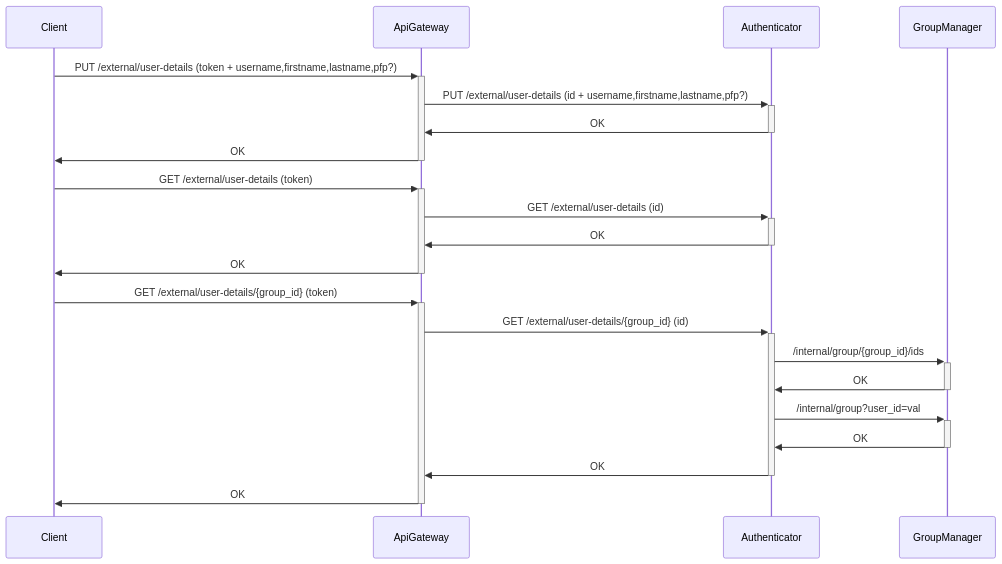
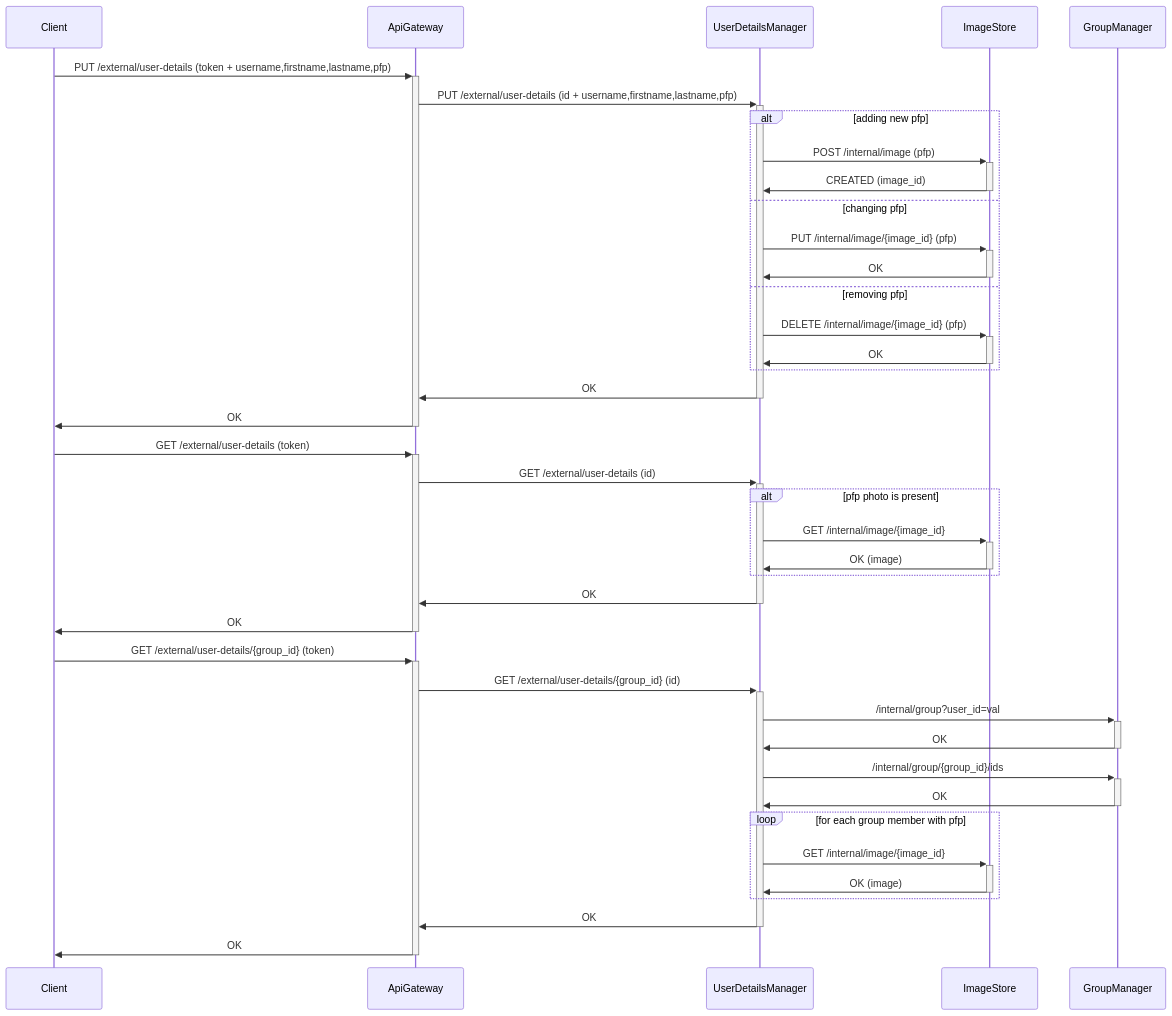
One commit to Group-Expense-Manager/gem-docs changed the third of 9 diagrams in docs/diagrams.md. Above: the diagram before and after it, drawn with Mermaid. The commit also changed other lines of this file, not shown here.

Commit message:
edited requests to ImageStore in diagrams

````diff
--- a/docs/diagrams.md
+++ b/docs/diagrams.md
@@ -104,22 +104,42 @@
 ``` mermaid
 sequenceDiagram
 
-Client->>+ApiGateway: PUT /external/user-details (token + username,firstname,lastname,pfp?)
-ApiGateway->>+Authenticator: PUT /external/user-details (id + username,firstname,lastname,pfp?)
-Authenticator->>-ApiGateway: OK
+Client->>+ApiGateway: PUT /external/user-details (token + username,firstname,lastname,pfp)
+ApiGateway->>+UserDetailsManager: PUT /external/user-details (id + username,firstname,lastname,pfp)
+
+alt adding new pfp
+    UserDetailsManager->>+ImageStore: POST /internal/image (pfp)
+    ImageStore->>-UserDetailsManager: CREATED (image_id)
+else changing pfp
+    UserDetailsManager->>+ImageStore: PUT /internal/image/{image_id} (pfp)
+    ImageStore->>-UserDetailsManager: OK
+
+else removing pfp
+    UserDetailsManager->>+ImageStore: DELETE /internal/image/{image_id}  (pfp)
+    ImageStore->>-UserDetailsManager: OK
+end
+UserDetailsManager->>-ApiGateway: OK
 ApiGateway->>-Client: OK
 
 Client->>+ApiGateway: GET /external/user-details (token)
-ApiGateway->>+Authenticator: GET /external/user-details (id)
-Authenticator->>-ApiGateway: OK
+ApiGateway->>+UserDetailsManager: GET /external/user-details (id)
+alt pfp photo is present
+UserDetailsManager->>+ImageStore: GET /internal/image/{image_id} 
+ImageStore->>-UserDetailsManager: OK (image)
+end
+UserDetailsManager->>-ApiGateway: OK
 ApiGateway->>-Client: OK
 
 Client->>+ApiGateway: GET /external/user-details/{group_id} (token)
-ApiGateway->>+Authenticator: GET /external/user-details/{group_id} (id)
-Authenticator->>+ GroupManager: /internal/group/{group_id}/ids
-GroupManager->>- Authenticator: OK
-Authenticator->>+ GroupManager: /internal/group?user_id=val
-GroupManager->>- Authenticator: OK
-Authenticator->>-ApiGateway: OK
+ApiGateway->>+UserDetailsManager: GET /external/user-details/{group_id} (id)
+UserDetailsManager->>+ GroupManager: /internal/group?user_id=val
+GroupManager->>- UserDetailsManager: OK
+UserDetailsManager->>+ GroupManager: /internal/group/{group_id}/ids
+GroupManager->>- UserDetailsManager: OK
+loop for each group member with pfp
+UserDetailsManager->>+ImageStore: GET /internal/image/{image_id} 
+ImageStore->>-UserDetailsManager: OK (image)
+end
+UserDetailsManager->>-ApiGateway: OK
 ApiGateway->>-Client: OK
 ```
````
